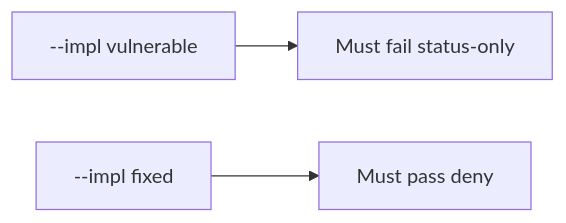
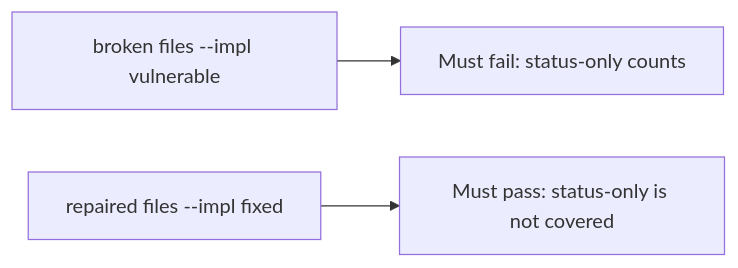
Before and after one commit to ishitvagoel/LearnSecurity: the diagram in content/modules/9/9.1/lessons/05-verify.md, drawn with Mermaid. The commit also changed other lines of this file and 39 other files, not shown here.

````diff
--- a/content/modules/9/9.1/lessons/05-verify.md
+++ b/content/modules/9/9.1/lessons/05-verify.md
@@ -15,5 +14,5 @@
 ```mermaid
 flowchart LR
-  V["--impl vulnerable"] --> F["Must fail status-only"]
-  X["--impl fixed"] --> P["Must pass deny"]
+  V["broken files --impl vulnerable"] --> F[Must fail: status-only counts]
+  X["repaired files --impl fixed"] --> P[Must pass: status-only is not covered]
 ```
````
